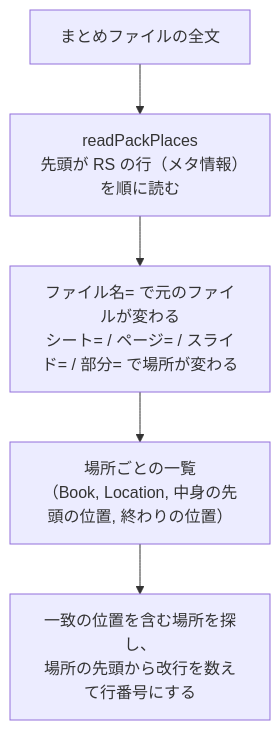
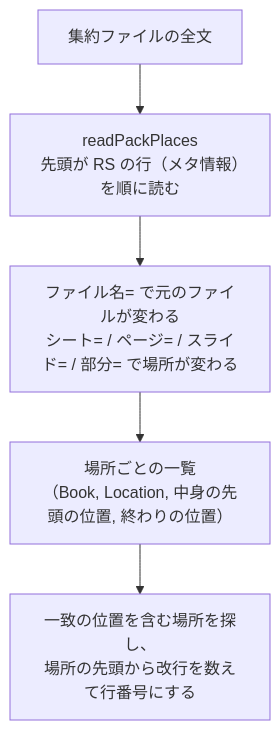
Before and after one commit to hsgwa/tebunko: the fifth of 5 diagrams in docs/02_検索.md, drawn with Mermaid. The commit also changed other lines of this file and 44 other files, not shown here.

````diff
--- a/docs/02_検索.md
+++ b/docs/02_検索.md
@@ -251,7 +251,7 @@
 ```mermaid
 flowchart TD
-    A["まとめファイルの全文"] --> B["readPackPlaces<br>先頭が RS の行（メタ情報）を順に読む"]
+    A["集約ファイルの全文"] --> B["readPackPlaces<br>先頭が RS の行（メタ情報）を順に読む"]
     B --> C["ファイル名= で元のファイルが変わる<br>シート= / ページ= / スライド= / 部分= で場所が変わる"]
     C --> D["場所ごとの一覧<br>（Book, Location, 中身の先頭の位置, 終わりの位置）"]
     D --> E["一致の位置を含む場所を探し、<br>場所の先頭から改行を数えて行番号にする"]
 ```
````
